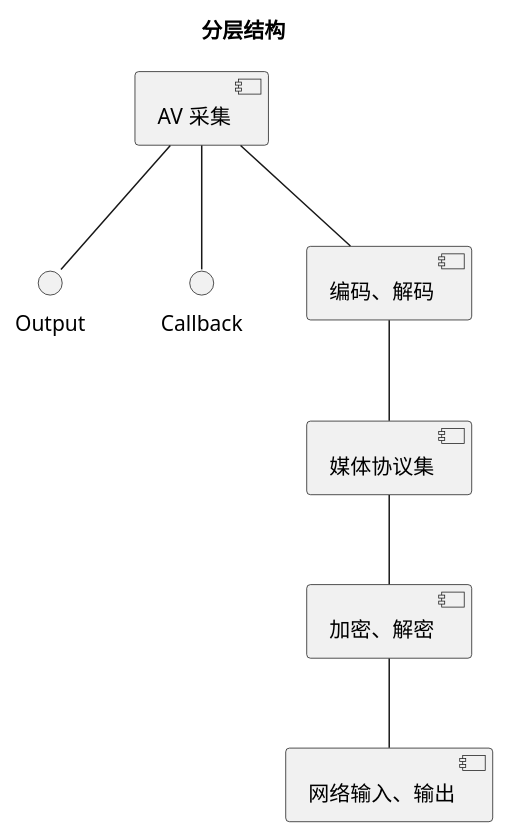
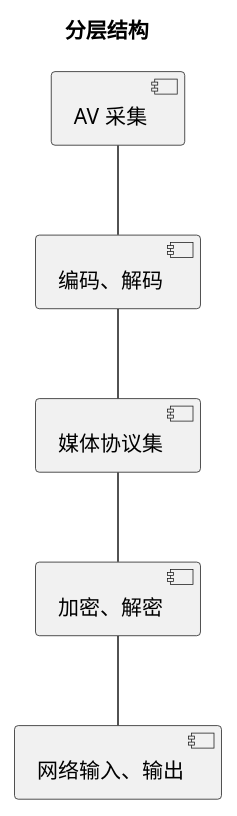
One commit to mingxin505/webrtcNote changed the first of 19 diagrams in webrtc_chrome/Design.md. Above: the diagram before and after it, drawn with PlantUML. The commit also changed other lines of this file, not shown here.

````diff
--- a/webrtc_chrome/Design.md
+++ b/webrtc_chrome/Design.md
@@ -9,17 +9,15 @@
 ```plantuml
 @startuml
 title 分层结构
 [AV 采集] AS 1
-1 -- Output
-1 -- Callback
 [编码、解码] AS 2
 [媒体协议集] AS 3
 [加密、解密] AS 4 
 [网络输入、输出] AS 5
 
 1 -- 2
 2 -- 3
 3 -- 4
 4 -- 5 
 @enduml
 ```
````
